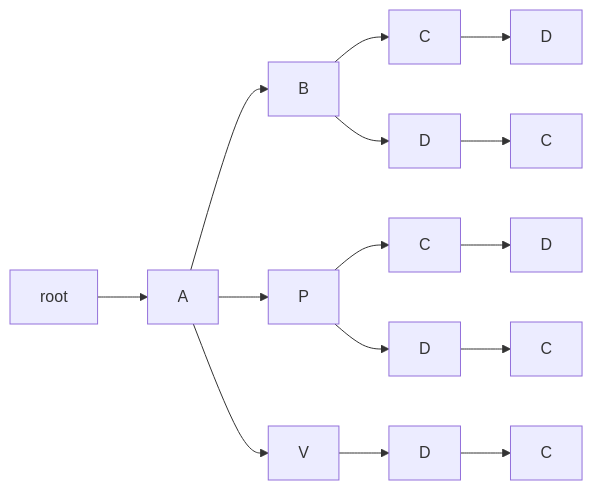
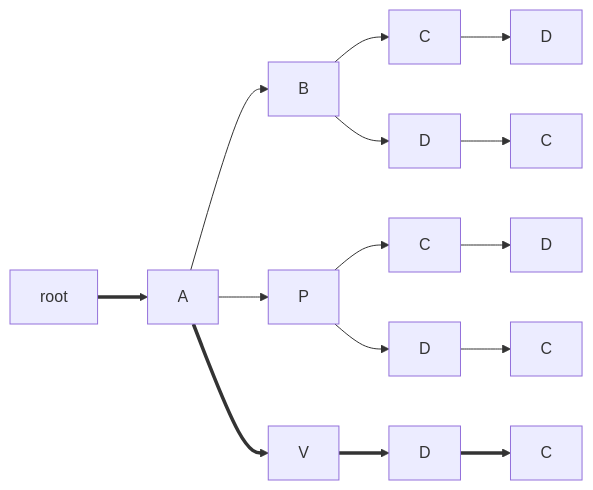
Before and after one commit to vedph/gve-doc: the sixth of 16 diagrams in model/export-tree.md, drawn with Mermaid. The commit also changed other lines of this file, not shown here.

````diff
--- a/model/export-tree.md
+++ b/model/export-tree.md
@@ -115,18 +115,18 @@
 ```mermaid
 graph LR;
 
-root --> A
+root ==> A
 A --> B
 B --> C
 C --> D6[D]
 A --> P
 P --> C5
 C5[C] --> D5[D]
 P --> D4[D]
 D4 --> C4[C]
 B --> D3[D]
 D3 --> C3[C]
-A --> V
-V --> D2[D]
-D2 --> C2[C]
+A ==> V
+V ==> D2[D]
+D2 ==> C2[C]
 ```
````
